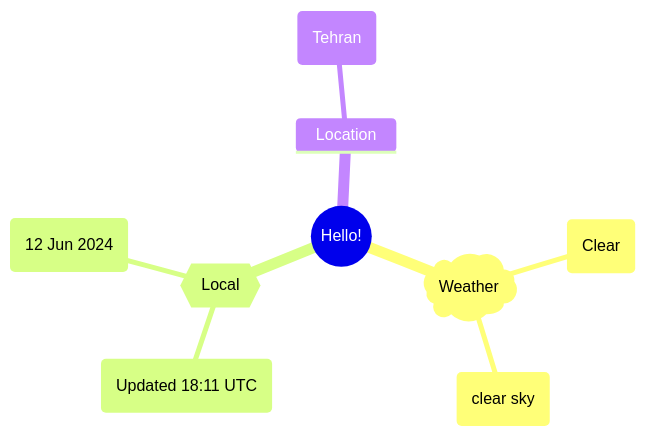
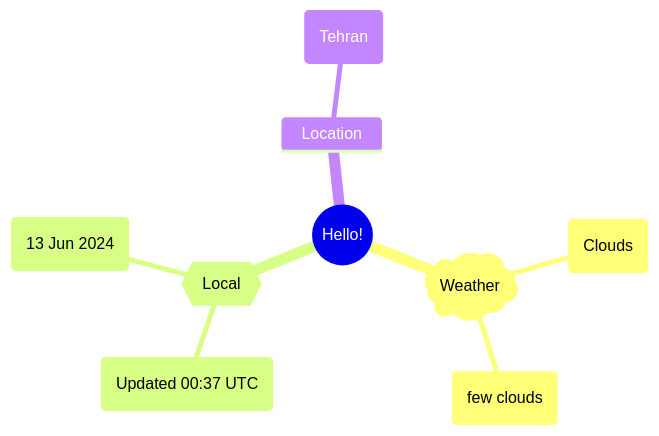
The first of 2 diagrams in README.md (Xosrov/Xosrov), drawn with Mermaid before and after one commit.

Commit message:
[bot] updated images

````diff
--- a/README.md
+++ b/README.md
@@ -3,12 +3,12 @@
 ```mermaid
 mindmap
   root((Hello!))
     )Weather(
-        (Clear)
-        (clear sky)
+        (Clouds)
+        (few clouds)
     {{Local}}
-        (Updated 18:11 UTC)
-        (12 Jun 2024)
+        (Updated 00:37 UTC)
+        (13 Jun 2024)
     Location
         (Tehran)
 ```
````
